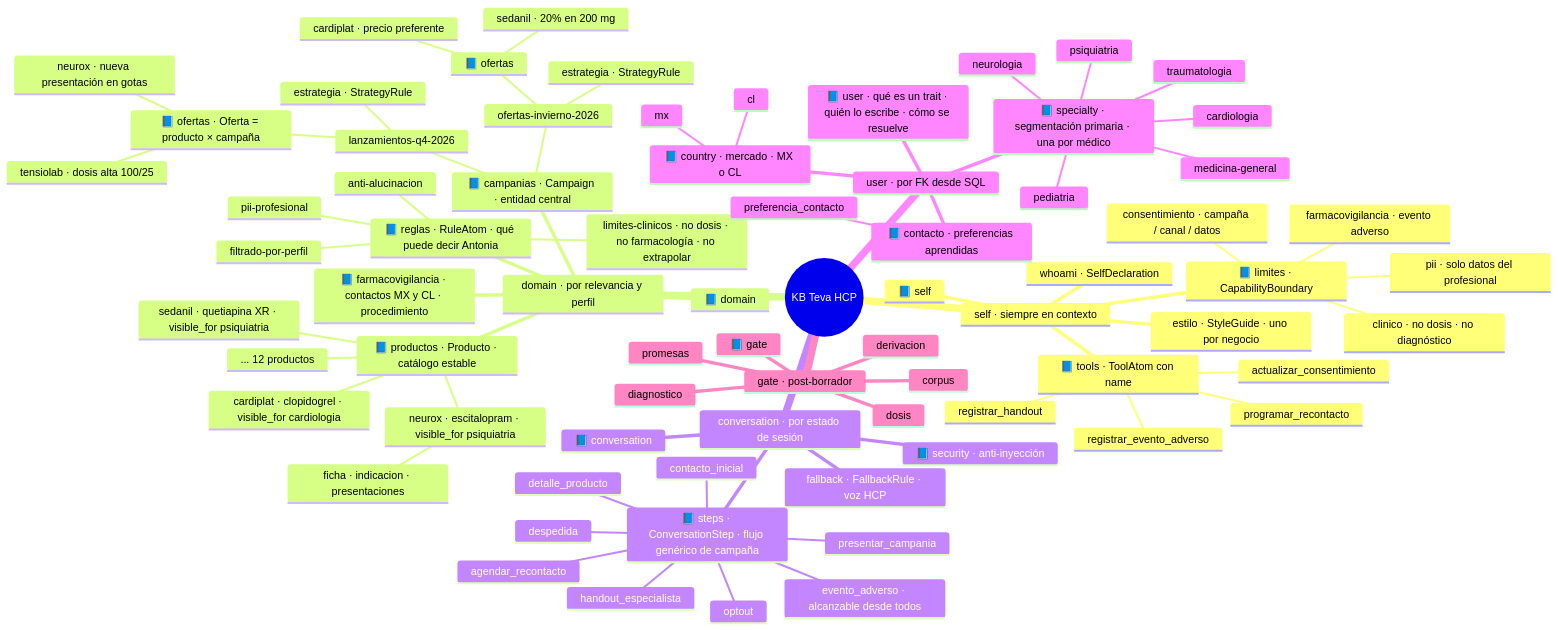
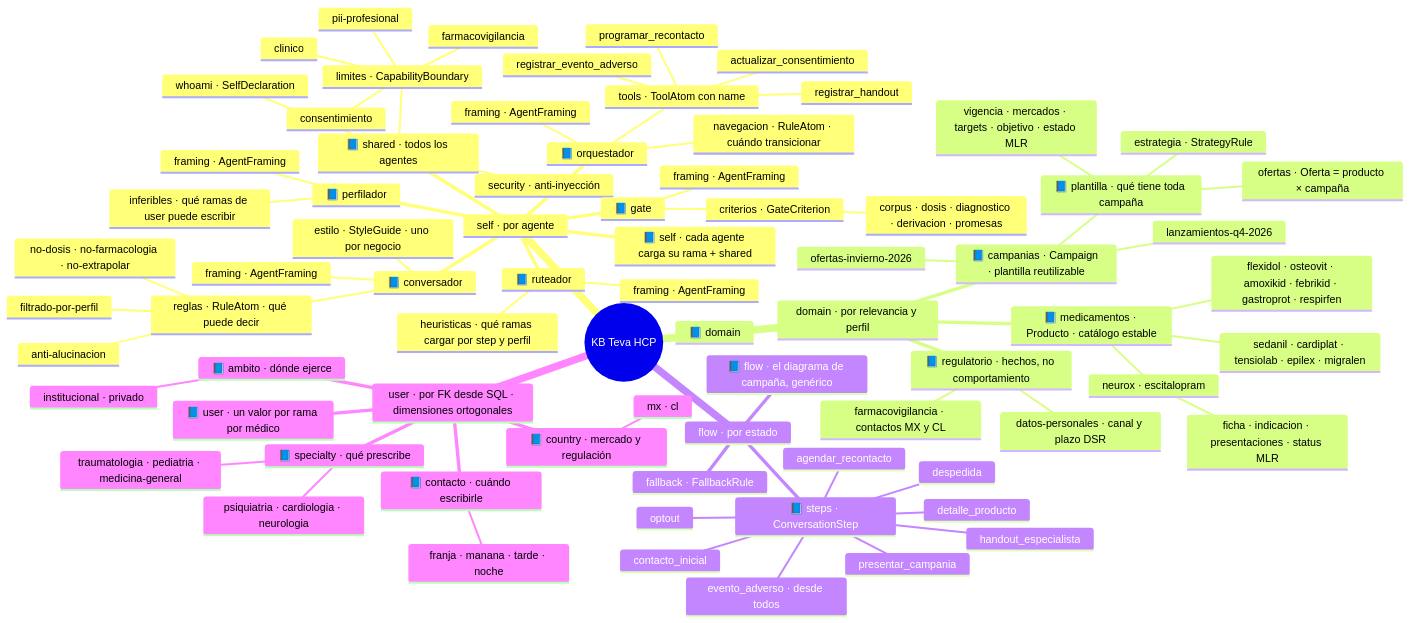
Before and after one commit to jpcosec/conversational-agent-arch: the first of 2 diagrams in docs/KB-HCP-ONTOLOGIA.md, drawn with Mermaid. The commit also changed other lines of this file, not shown here.

First line of the commit message:
docs: ontología KB HCP v2 (self por agente, domain campañas+medicamentos, flow, user ortogonal, 13 relaciones)

````diff
--- a/docs/KB-HCP-ONTOLOGIA.md
+++ b/docs/KB-HCP-ONTOLOGIA.md
@@ -52,77 +31,79 @@
 ```mermaid
 mindmap
   root((KB Teva HCP))
-    self · siempre en contexto
-      📘 self
-      whoami · SelfDeclaration
-      estilo · StyleGuide · uno por negocio
-      📘 limites · CapabilityBoundary
-        farmacovigilancia · evento adverso
-        consentimiento · campaña / canal / datos
-        clinico · no dosis · no diagnóstico
-        pii · solo datos del profesional
-      📘 tools · ToolAtom con name
-        programar_recontacto
-        actualizar_consentimiento
-        registrar_evento_adverso
-        registrar_handout
+    self · por agente
+      📘 self · cada agente carga su rama + shared
+      📘 shared · todos los agentes
+        whoami · SelfDeclaration
+        limites · CapabilityBoundary
+          farmacovigilancia
+          consentimiento
+          clinico
+          pii-profesional
+        security · anti-inyección
+      📘 conversador
+        framing · AgentFraming
+        estilo · StyleGuide · uno por negocio
+        reglas · RuleAtom · qué puede decir
+          filtrado-por-perfil
+          no-dosis · no-farmacologia · no-extrapolar
+          anti-alucinacion
+      📘 orquestador
+        framing · AgentFraming
+        tools · ToolAtom con name
+          programar_recontacto
+          actualizar_consentimiento
+          registrar_evento_adverso
+          registrar_handout
+        navegacion · RuleAtom · cuándo transicionar
+      📘 ruteador
+        framing · AgentFraming
+        heuristicas · qué ramas cargar por step y perfil
+      📘 gate
+        framing · AgentFraming
+        criterios · GateCriterion
+          corpus · dosis · diagnostico · derivacion · promesas
+      📘 perfilador
+        framing · AgentFraming
+        inferibles · qué ramas de user puede escribir
     domain · por relevancia y perfil
       📘 domain
-      📘 campanias · Campaign · entidad central
+      📘 campanias · Campaign · plantilla reutilizable
+        📘 plantilla · qué tiene toda campaña
+          vigencia · mercados · targets · objetivo · estado MLR
+          ofertas · Oferta = producto × campaña
+          estrategia · StrategyRule
         lanzamientos-q4-2026
-          📘 ofertas · Oferta = producto × campaña
-            neurox · nueva presentación en gotas
-            tensiolab · dosis alta 100/25
-          estrategia · StrategyRule
         ofertas-invierno-2026
-          📘 ofertas
-            sedanil · 20% en 200 mg
-            cardiplat · precio preferente
-          estrategia · StrategyRule
-      📘 productos · Producto · catálogo estable
-        neurox · escitalopram · visible_for psiquiatria
-          ficha · indicacion · presentaciones
-        sedanil · quetiapina XR · visible_for psiquiatria
-        cardiplat · clopidogrel · visible_for cardiologia
-        ... 12 productos
-      📘 reglas · RuleAtom · qué puede decir Antonia
-        filtrado-por-perfil
-        limites-clinicos · no dosis · no farmacología · no extrapolar
-        pii-profesional
-        anti-alucinacion
-      📘 farmacovigilancia · contactos MX y CL · procedimiento
-    conversation · por estado de sesión
-      📘 conversation
-      📘 steps · ConversationStep · flujo genérico de campaña
+      📘 medicamentos · Producto · catálogo estable
+        neurox · escitalopram
+          ficha · indicacion · presentaciones · status MLR
+        sedanil · cardiplat · tensiolab · epilex · migralen
+        flexidol · osteovit · amoxikid · febrikid · gastroprot · respirfen
+      📘 regulatorio · hechos, no comportamiento
+        farmacovigilancia · contactos MX y CL
+        datos-personales · canal y plazo DSR
+    flow · por estado
+      📘 flow · el diagrama de campaña, genérico
+      📘 steps · ConversationStep
         contacto_inicial
         presentar_campania
         detalle_producto
         agendar_recontacto
         optout
         handout_especialista
-        evento_adverso · alcanzable desde todos
+        evento_adverso · desde todos
         despedida
-      fallback · FallbackRule · voz HCP
-      📘 security · anti-inyección
-    user · por FK desde SQL
-      📘 user · qué es un trait · quién lo escribe · cómo se resuelve
-      📘 specialty · segmentación primaria · una por médico
-        psiquiatria
-        cardiologia
-        neurologia
-        traumatologia
-        pediatria
-        medicina-general
-      📘 country · mercado · MX o CL
-        mx
-        cl
-      📘 contacto · preferencias aprendidas
-        preferencia_contacto
-    gate · post-borrador
-      📘 gate
-      corpus
-      dosis
-      diagnostico
-      derivacion
-      promesas
+      fallback · FallbackRule
+    user · por FK desde SQL · dimensiones ortogonales
+      📘 user · un valor por rama por médico
+      📘 specialty · qué prescribe
+        psiquiatria · cardiologia · neurologia
+        traumatologia · pediatria · medicina-general
+      📘 country · mercado y regulación
+        mx · cl
+      📘 ambito · dónde ejerce
+        institucional · privado
+      📘 contacto · cuándo escribirle
+        franja · manana · tarde · noche
 ```
````
